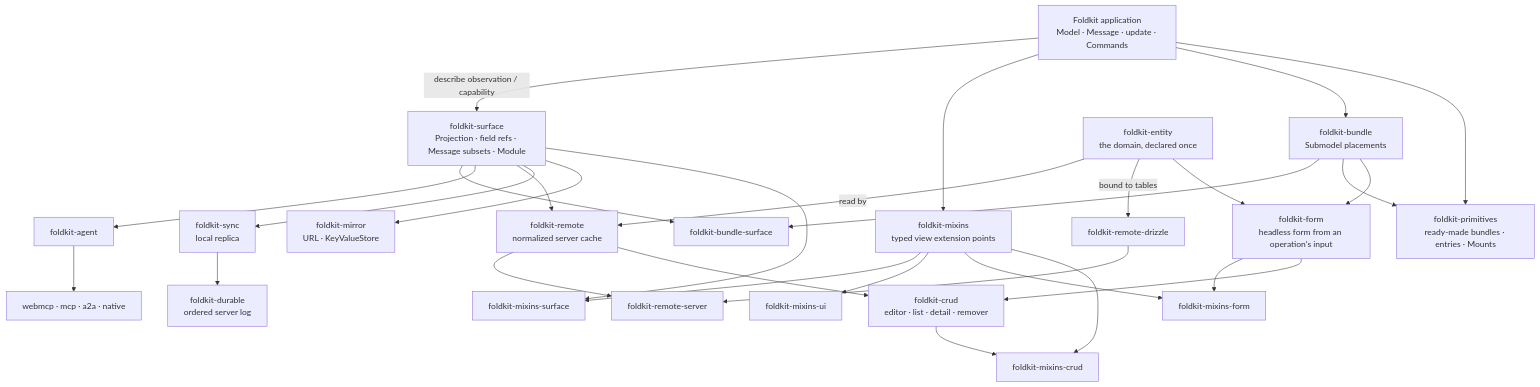
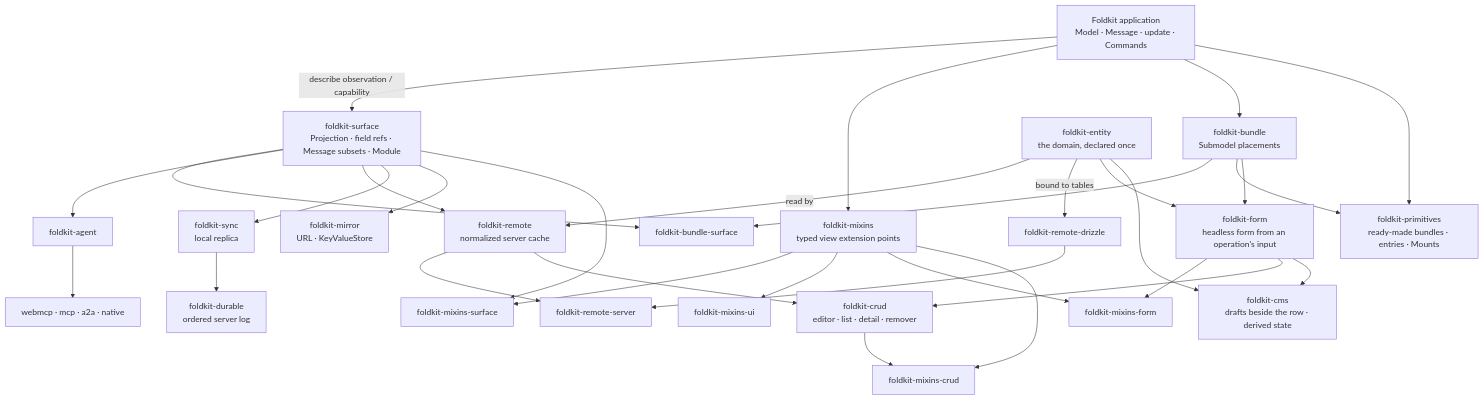
Before and after one commit to doeixd/foldkit-plus: the diagram in README.md, drawn with Mermaid. The commit also changed other lines of this file and 21 other files, not shown here.

First line of the commit message:
Add foldkit-cms: roles, content types, and a lifecycle derived from facts

````diff
--- a/README.md
+++ b/README.md
@@ -259,49 +260,52 @@
 ```mermaid
 flowchart TB
   app["Foldkit application<br/>Model · Message · update · Commands"]
   surface["foldkit-surface<br/>Projection · field refs · Message subsets · Module"]
   agent["foldkit-agent"]
   agentAdapters["webmcp · mcp · a2a · native"]
   remote["foldkit-remote<br/>normalized server cache"]
   server["foldkit-remote-server"]
   drizzle["foldkit-remote-drizzle"]
   sync["foldkit-sync<br/>local replica"]
   durable["foldkit-durable<br/>ordered server log"]
   mirror["foldkit-mirror<br/>URL · KeyValueStore"]
   bundle["foldkit-bundle<br/>Submodel placements"]
   bundleSurface["foldkit-bundle-surface"]
   primitives["foldkit-primitives<br/>ready-made bundles · entries · Mounts"]
   mixins["foldkit-mixins<br/>typed view extension points"]
   mixinsSurface["foldkit-mixins-surface"]
   mixinsUi["foldkit-mixins-ui"]
   entity["foldkit-entity<br/>the domain, declared once"]
   form["foldkit-form<br/>headless form from an operation's input"]
   mixinsForm["foldkit-mixins-form"]
   mixinsCrud["foldkit-mixins-crud"]
+  cms["foldkit-cms<br/>drafts beside the row · derived state"]
   crud["foldkit-crud<br/>editor · list · detail · remover"]
 
   app -- "describe observation / capability" --> surface
   app --> mixins
   app --> bundle --> bundleSurface
   app --> primitives
   bundle --> primitives
   surface --> bundleSurface
   surface --> agent --> agentAdapters
   surface --> remote --> server
   drizzle --> server
   surface --> sync --> durable
   surface --> mirror
   surface --> mixinsSurface
   mixins --> mixinsSurface
   mixins --> mixinsUi
   entity -- "read by" --> remote
   entity -- "bound to tables" --> drizzle
   entity --> form
   bundle --> form
   form --> mixinsForm
   mixins --> mixinsForm
   form --> crud
   crud --> mixinsCrud
+  entity --> cms
+  form --> cms
   mixins --> mixinsCrud
   remote --> crud
 ```
````
